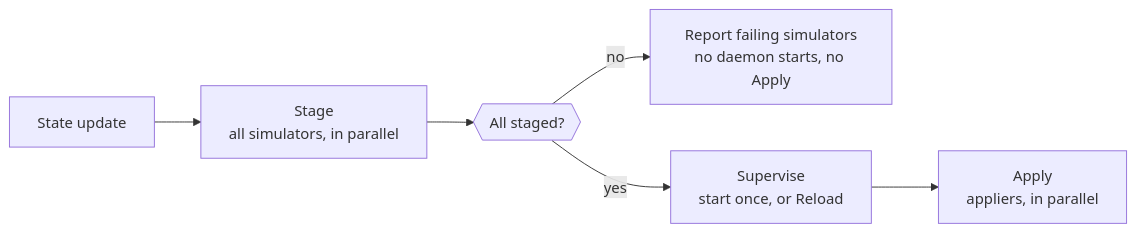
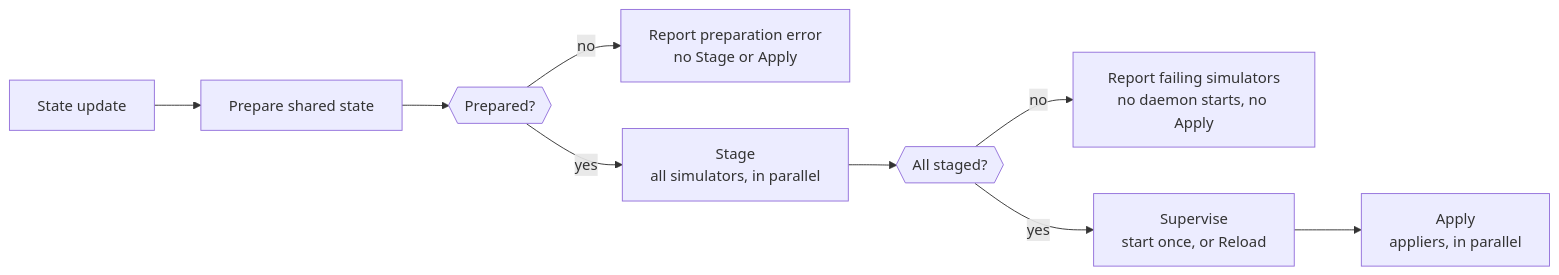
One commit to NVIDIA/k8s-test-infra changed the diagram in docs/components/node-daemon.md. Above: the diagram before and after it, drawn with Mermaid. The commit also changed other lines of this file and 16 other files, not shown here.

Commit message:
refactor(agent): prepare shared NUMA state before staging

````diff
--- a/docs/components/node-daemon.md
+++ b/docs/components/node-daemon.md
@@ -50,8 +51,11 @@
 ```mermaid
 flowchart LR
-    state[State update] --> stage[Stage<br/>all simulators, in parallel]
+    state[State update] --> prepare[Prepare shared state]
+    prepare --> valid{{Prepared?}}
+    valid -->|no| invalid[Report preparation error<br/>no Stage or Apply]
+    valid -->|yes| stage[Stage<br/>all simulators, in parallel]
     stage --> barrier{{All staged?}}
     barrier -->|no| fail[Report failing simulators<br/>no daemon starts, no Apply]
     barrier -->|yes| daemons[Supervise<br/>start once, or Reload]
     daemons --> apply[Apply<br/>appliers, in parallel]
 ```
````
